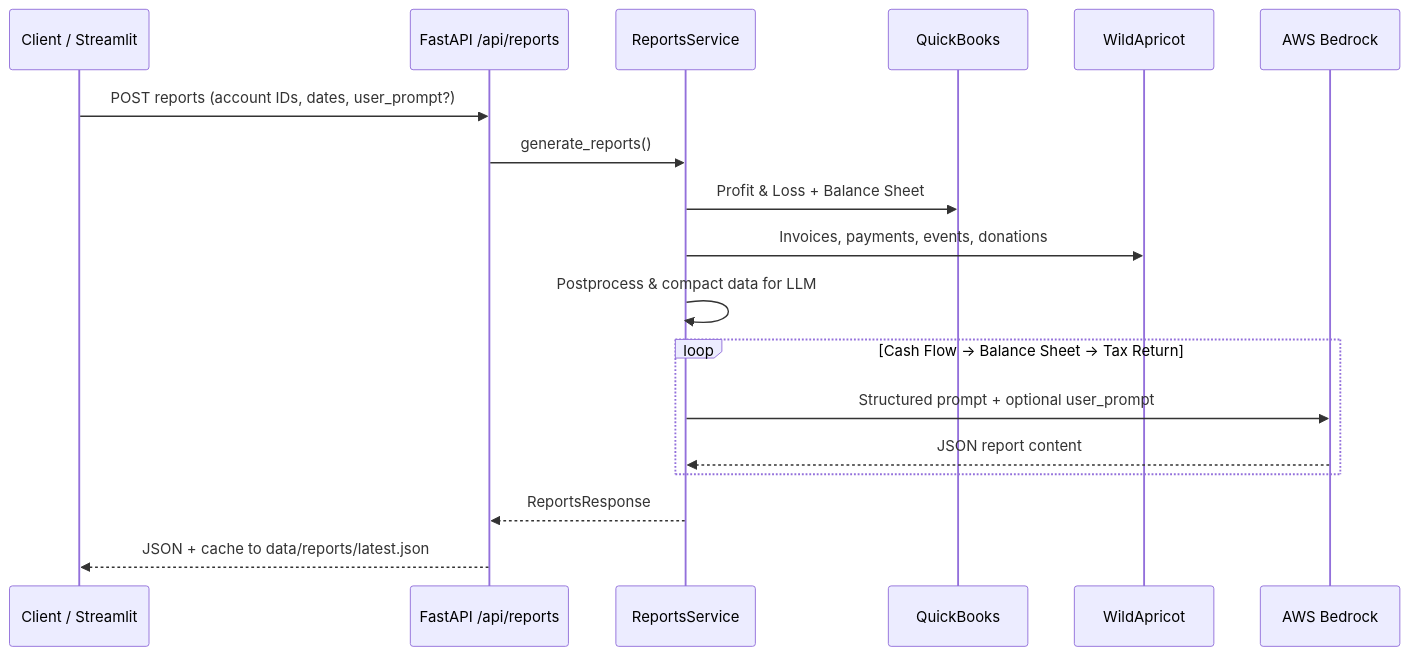
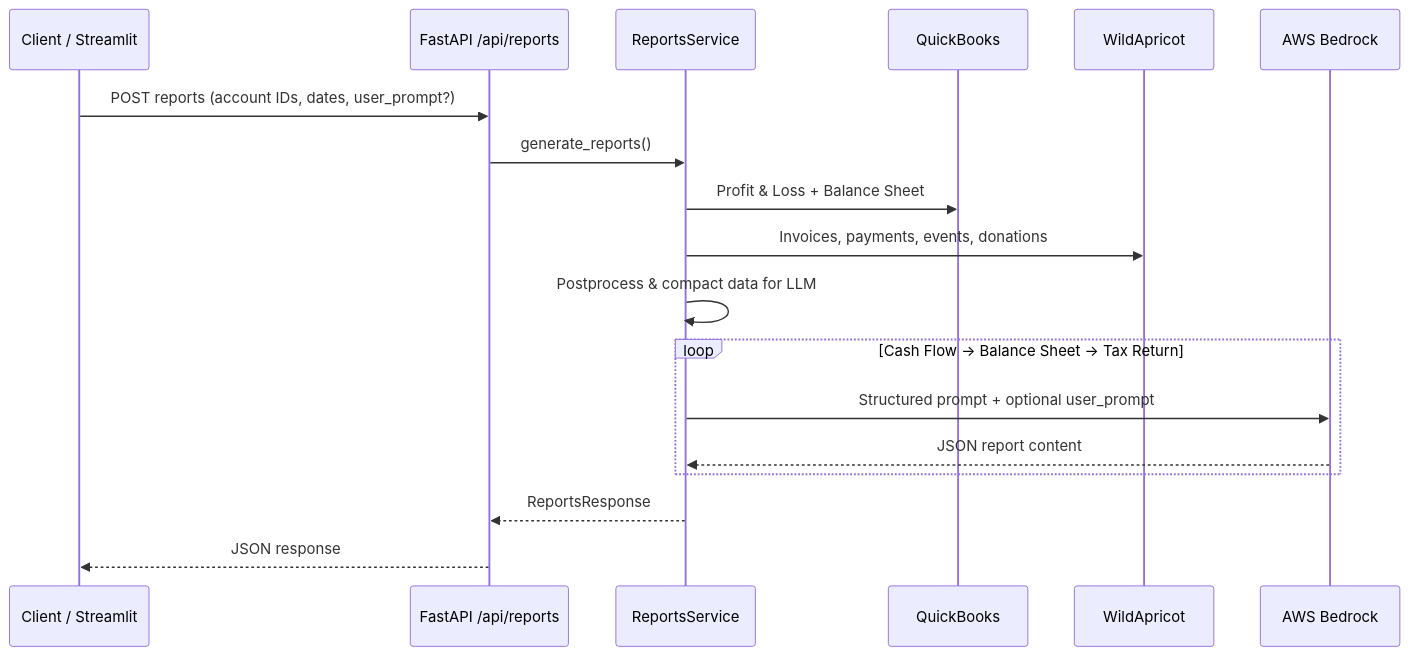
The second of 2 diagrams in README.md (NewPath-Consulting/accountbridge-taxbridge), drawn with Mermaid before and after one commit. The commit also changed other lines of this file and 34 other files, not shown here.

````diff
--- a/README.md
+++ b/README.md
@@ -90,21 +87,21 @@
 ```mermaid
 sequenceDiagram
     participant C as Client / Streamlit
     participant API as FastAPI /api/reports
     participant RS as ReportsService
     participant QB as QuickBooks
     participant WA as WildApricot
     participant LLM as AWS Bedrock
 
     C->>API: POST reports (account IDs, dates, user_prompt?)
     API->>RS: generate_reports()
     RS->>QB: Profit & Loss + Balance Sheet
     RS->>WA: Invoices, payments, events, donations
     RS->>RS: Postprocess & compact data for LLM
     loop Cash Flow → Balance Sheet → Tax Return
         RS->>LLM: Structured prompt + optional user_prompt
         LLM-->>RS: JSON report content
     end
     RS-->>API: ReportsResponse
-    API-->>C: JSON + cache to data/reports/latest.json
+    API-->>C: JSON response
 ```
````
